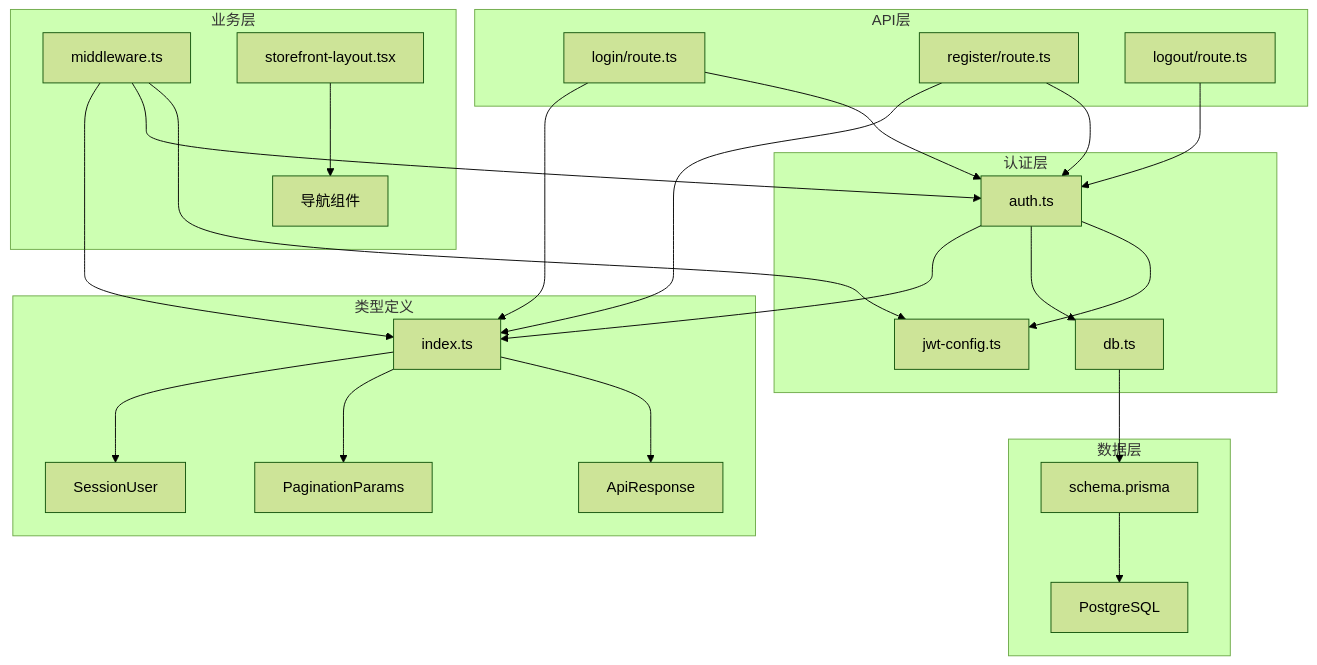
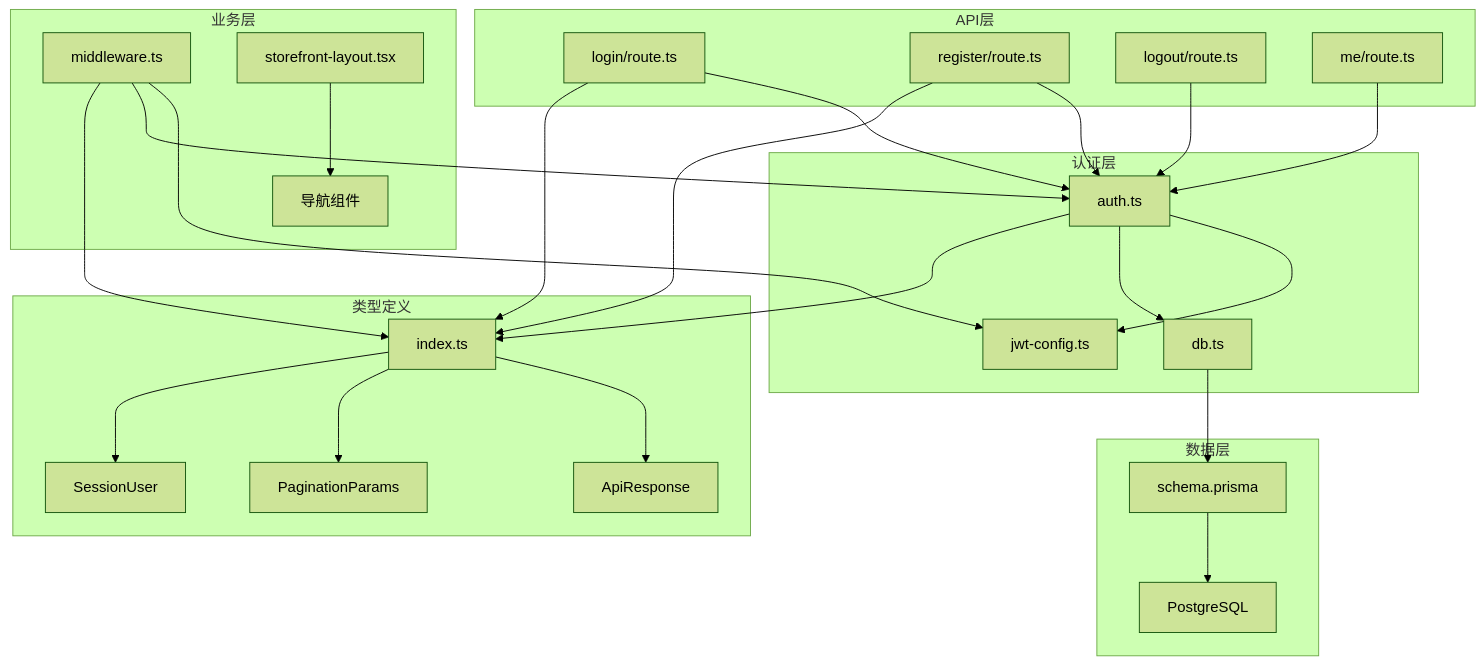
Before and after one commit to three3638-arch/celestia_2b: diagram 12 of 12 in .qoder/repowiki/zh/content/前台商店系统/用户个人中心.md, drawn with Mermaid (forest theme). The commit also changed other lines of this file and 6 other files, not shown here.

````diff
--- a/.qoder/repowiki/zh/content/前台商店系统/用户个人中心.md
+++ b/.qoder/repowiki/zh/content/前台商店系统/用户个人中心.md
@@ -462,30 +480,31 @@
 ```mermaid
 graph TD
 subgraph "认证层"
 A[auth.ts] --> B[jwt-config.ts]
 A --> C[db.ts]
 end
 subgraph "API层"
 D[login/route.ts] --> A
 E[register/route.ts] --> A
 F[logout/route.ts] --> A
+G[me/route.ts] --> A
 end
 subgraph "业务层"
-G[middleware.ts] --> B
-G --> A
-H[storefront-layout.tsx] --> I[导航组件]
+H[middleware.ts] --> B
+H --> A
+I[storefront-layout.tsx] --> J[导航组件]
 end
 subgraph "数据层"
-C --> J[schema.prisma]
-J --> K[PostgreSQL]
+C --> K[schema.prisma]
+K --> L[PostgreSQL]
 end
 subgraph "类型定义"
-L[index.ts] --> M[ApiResponse]
-L --> N[PaginationParams]
-L --> O[SessionUser]
+M[index.ts] --> N[ApiResponse]
+M --> O[PaginationParams]
+M --> P[SessionUser]
 end
-A --> L
-D --> L
-E --> L
-G --> L
+A --> M
+D --> M
+E --> M
+H --> M
 ```
````
